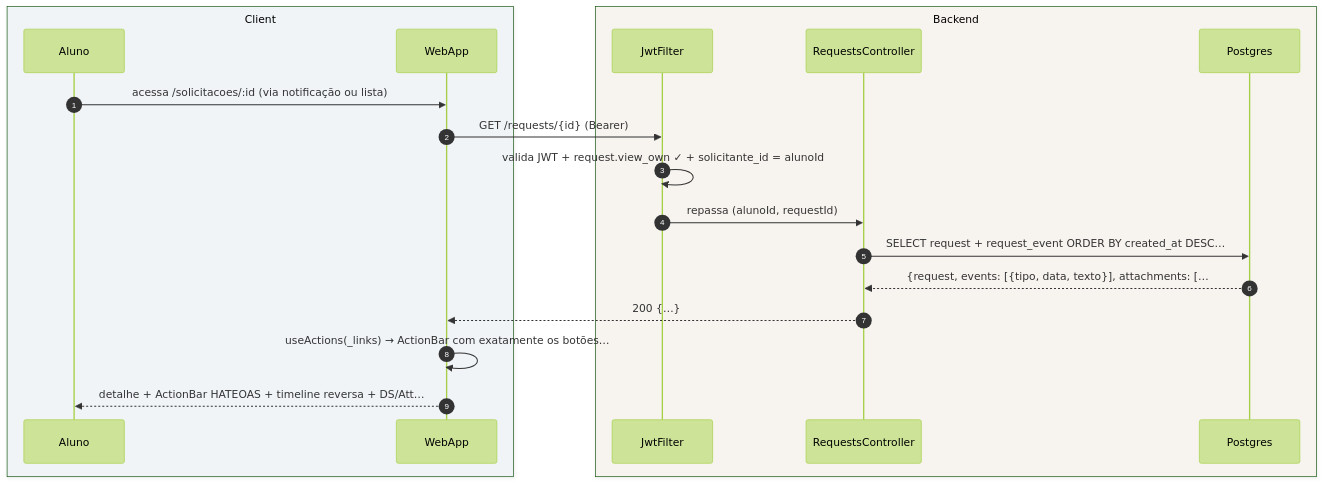
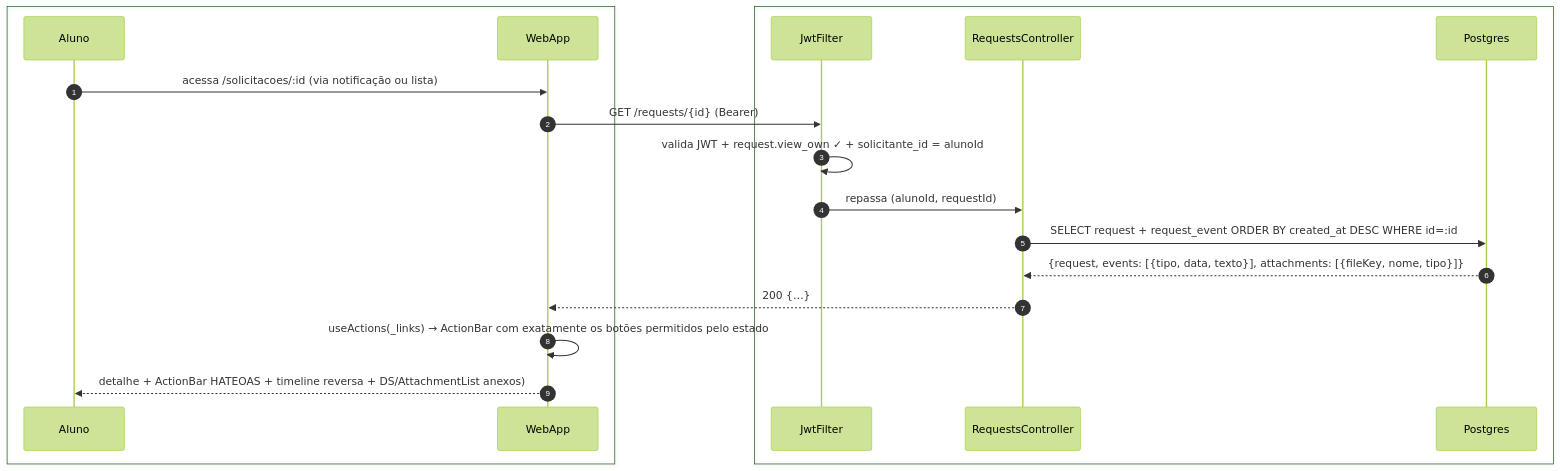
One commit to umishell/secretariaOnline2 changed the sixth of 8 diagrams in foundationDocs/sequenceDiagrams/F1 — Aluno/US-F1-005-SOLICITACOES.md. Above: the diagram before and after it, drawn with Mermaid (forest theme). The commit also changed other lines of this file and 70 other files, not shown here.

First line of the commit message:
Enhance database documentation and introduce new schema files

````diff
--- a/foundationDocs/sequenceDiagrams/F1 — Aluno/US-F1-005-SOLICITACOES.md
+++ b/foundationDocs/sequenceDiagrams/F1 — Aluno/US-F1-005-SOLICITACOES.md
@@ -258,23 +258,23 @@
 ```mermaid
 sequenceDiagram
     autonumber
-    box rgba(230,245,255,0.3) Client
+    box #e8f4fc Cliente
         participant Aluno
         participant WebApp
     end
-    box rgba(255,245,230,0.3) Backend
+    box #fff8ee Servidor
         participant JwtFilter
         participant RequestsController
         participant Postgres
     end
 
     Aluno->>WebApp: acessa /solicitacoes/:id (via notificação ou lista)
     WebApp->>JwtFilter: GET /requests/{id} (Bearer)
     JwtFilter->>JwtFilter: valida JWT + request.view_own ✓ + solicitante_id = alunoId
     JwtFilter->>RequestsController: repassa (alunoId, requestId)
-    RequestsController->>Postgres: SELECT request + request_event ORDER BY created_at DESC…
-    Postgres-->>RequestsController: {request, events: [{tipo, data, texto}], attachments: […
+    RequestsController->>Postgres: SELECT request + request_event ORDER BY created_at DESC WHERE id=:id
+    Postgres-->>RequestsController: {request, events: [{tipo, data, texto}], attachments: [{fileKey, nome, tipo}]}
     RequestsController-->>WebApp: 200 {…}
-    WebApp->>WebApp: useActions(_links) → ActionBar com exatamente os botões…
-    WebApp-->>Aluno: detalhe + ActionBar HATEOAS + timeline reversa + DS/Att…
+    WebApp->>WebApp: useActions(_links) → ActionBar com exatamente os botões permitidos pelo estado
+    WebApp-->>Aluno: detalhe + ActionBar HATEOAS + timeline reversa + DS/AttachmentList anexos)
 ```
````
